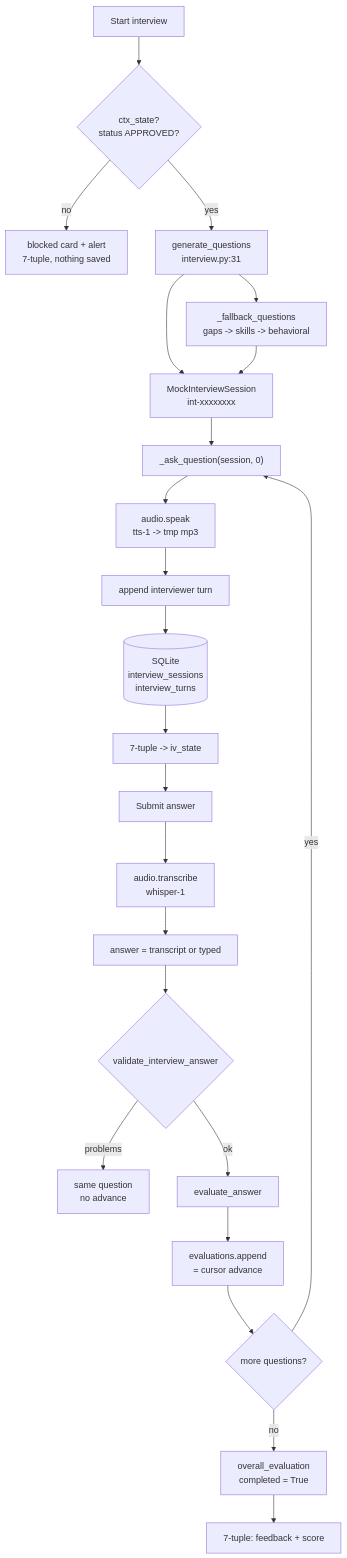
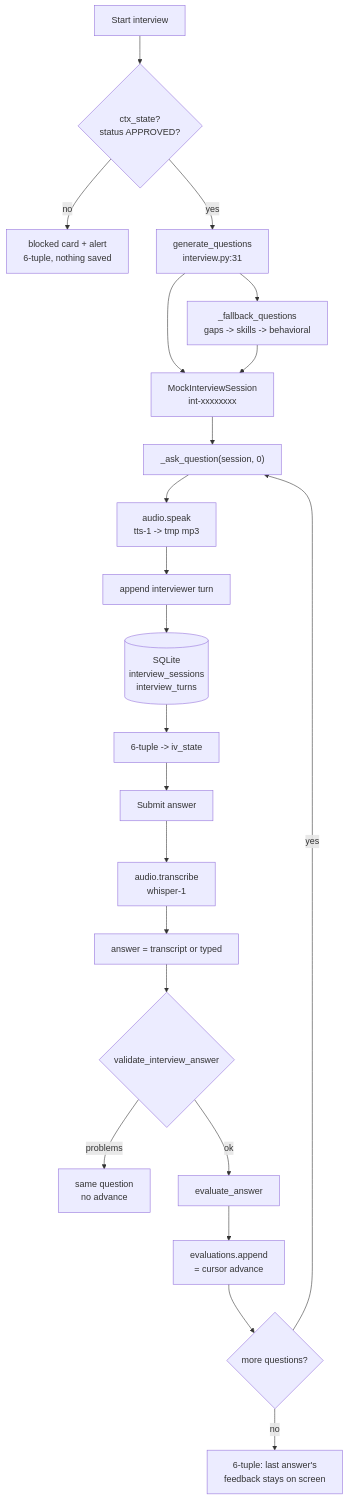
Before and after one commit to helenapedro/careercrew: the diagram in docs/MOCK_INTERVIEW_WALKTHROUGH.md, drawn with Mermaid. The commit also changed other lines of this file and 24 other files, not shown here.

First line of the commit message:
Remove the overall mock-interview scorecard; keep per-answer feedback

````diff
--- a/docs/MOCK_INTERVIEW_WALKTHROUGH.md
+++ b/docs/MOCK_INTERVIEW_WALKTHROUGH.md
@@ -74,27 +76,26 @@
 ```mermaid
 flowchart TD
     Start["Start interview"] --> Gate{"ctx_state?<br/>status APPROVED?"}
-    Gate -->|no| Blocked["blocked card + alert<br/>7-tuple, nothing saved"]
+    Gate -->|no| Blocked["blocked card + alert<br/>6-tuple, nothing saved"]
     Gate -->|yes| Gen["generate_questions<br/>interview.py:31"]
     Gen --> Bank["_fallback_questions<br/>gaps -> skills -> behavioral"]
     Gen --> Session["MockInterviewSession<br/>int-xxxxxxxx"]
     Bank --> Session
     Session --> Ask["_ask_question(session, 0)"]
 
     Ask --> TTS["audio.speak<br/>tts-1 -> tmp mp3"]
     TTS --> Turn["append interviewer turn"]
     Turn --> Save[("SQLite<br/>interview_sessions<br/>interview_turns")]
-    Save --> Tuple["7-tuple -> iv_state"]
+    Save --> Tuple["6-tuple -> iv_state"]
 
     Tuple --> Submit["Submit answer"]
     Submit --> STT["audio.transcribe<br/>whisper-1"]
     STT --> Answer["answer = transcript or typed"]
     Answer --> Guard{"validate_interview_answer"}
     Guard -->|problems| Same["same question<br/>no advance"]
     Guard -->|ok| Eval["evaluate_answer"]
     Eval --> Append["evaluations.append<br/>= cursor advance"]
     Append --> More{"more questions?"}
     More -->|yes| Ask
-    More -->|no| Overall["overall_evaluation<br/>completed = True"]
-    Overall --> Final["7-tuple: feedback + score"]
+    More -->|no| Final["6-tuple: last answer's<br/>feedback stays on screen"]
 ```
````
